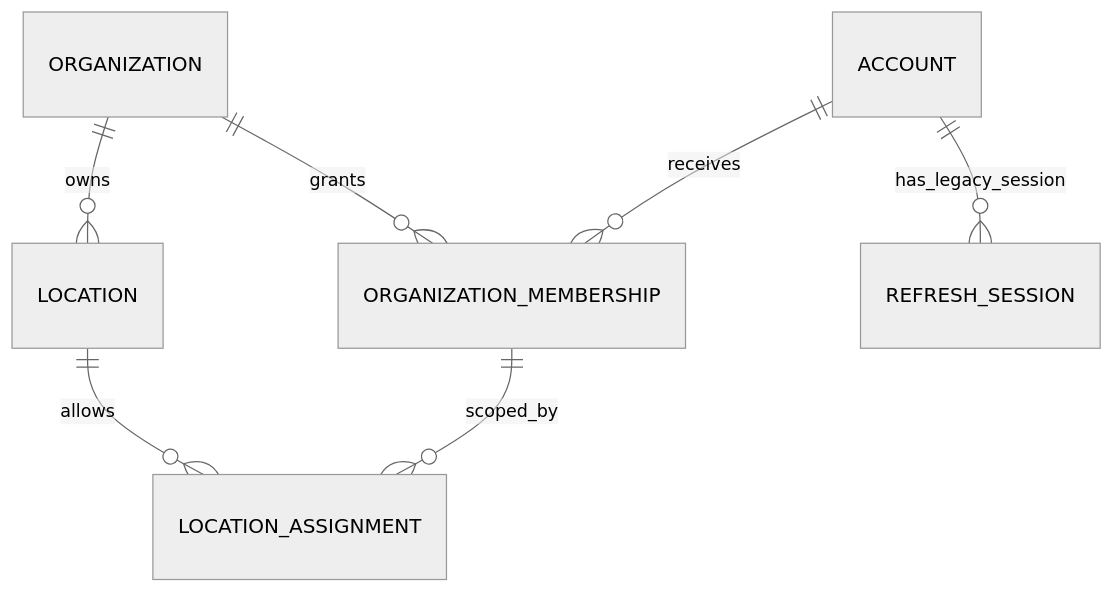
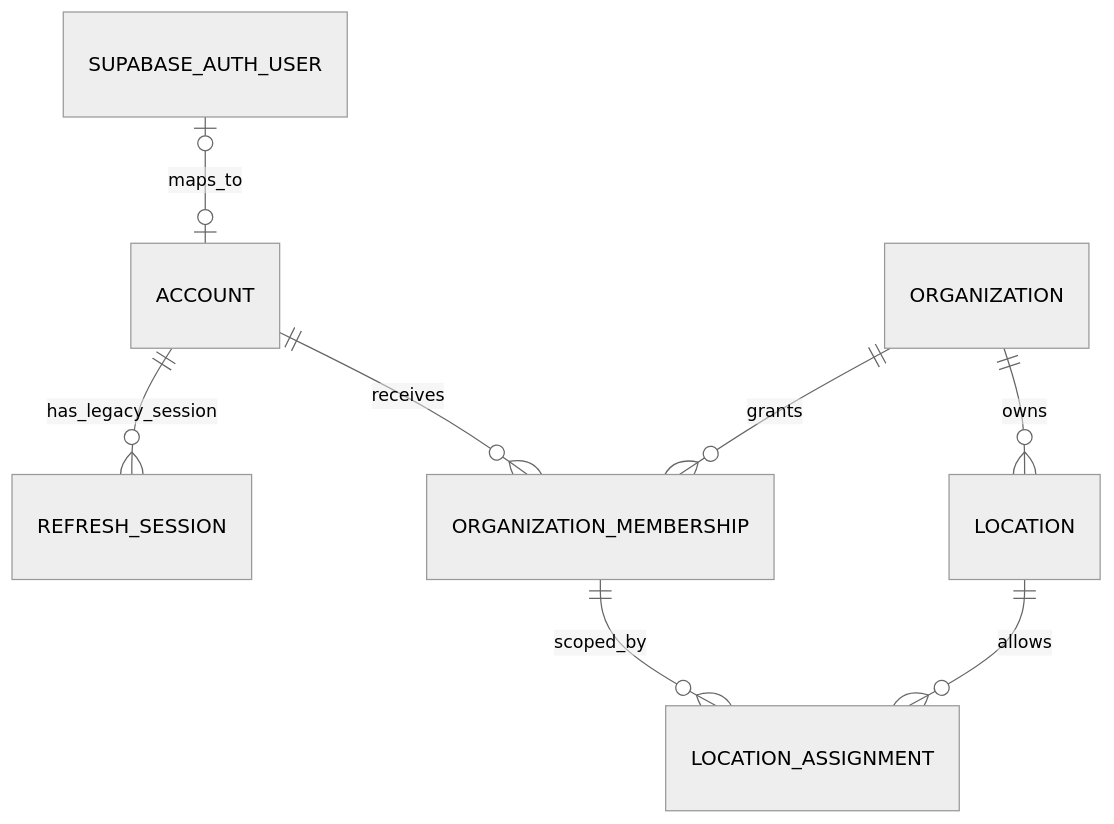
The first of 3 diagrams in docs/database/erd.md (Cyrus-Krispin/bubble-tea-shop), drawn with Mermaid (neutral theme) before and after one commit. The commit also changed other lines of this file and 14 other files, not shown here.

````diff
--- a/docs/database/erd.md
+++ b/docs/database/erd.md
@@ -14,9 +14,10 @@
 ```mermaid
 erDiagram
+    SUPABASE_AUTH_USER o|--o| ACCOUNT : maps_to
     ORGANIZATION ||--o{ LOCATION : owns
     ORGANIZATION ||--o{ ORGANIZATION_MEMBERSHIP : grants
     ACCOUNT ||--o{ ORGANIZATION_MEMBERSHIP : receives
     ORGANIZATION_MEMBERSHIP ||--o{ LOCATION_ASSIGNMENT : scoped_by
     LOCATION ||--o{ LOCATION_ASSIGNMENT : allows
     ACCOUNT ||--o{ REFRESH_SESSION : has_legacy_session
 ```
````
